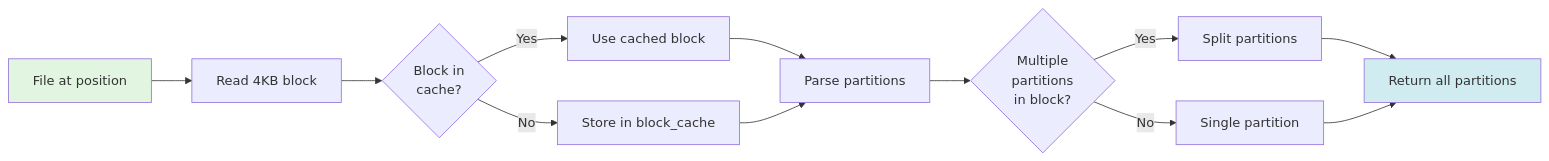
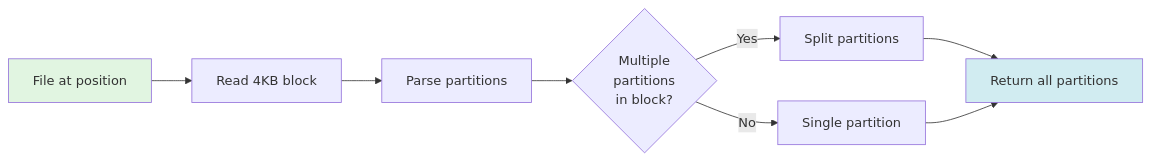
One commit to pmcfadin/cqlite changed the third of 4 diagrams in docs/read-path/04-sstable-sequential-scan.md. Above: the diagram before and after it, drawn with Mermaid. The commit also changed other lines of this file and 1 other file, not shown here.

Commit message:
docs(#1568): update read-path docs for removed dead block cache (B2)

````diff
--- a/docs/read-path/04-sstable-sequential-scan.md
+++ b/docs/read-path/04-sstable-sequential-scan.md
@@ -251,23 +251,17 @@
 ```mermaid
 flowchart LR
     Start[File at position] --> Read[Read 4KB block]
     
-    Read --> Cache{Block in\ncache?}
-    
-    Cache -->|Yes| UseCache[Use cached block]
-    Cache -->|No| StoreCache[Store in block_cache]
-    
-    UseCache --> Parse[Parse partitions]
-    StoreCache --> Parse
+    Read --> Parse[Parse partitions]
     
     Parse --> Multiple{Multiple\npartitions\nin block?}
     
     Multiple -->|Yes| Split[Split partitions]
     Multiple -->|No| Single[Single partition]
     
     Split --> Results[Return all partitions]
     Single --> Results
     
     style Start fill:#e1f5e1
     style Results fill:#d1ecf1
 ```
````
